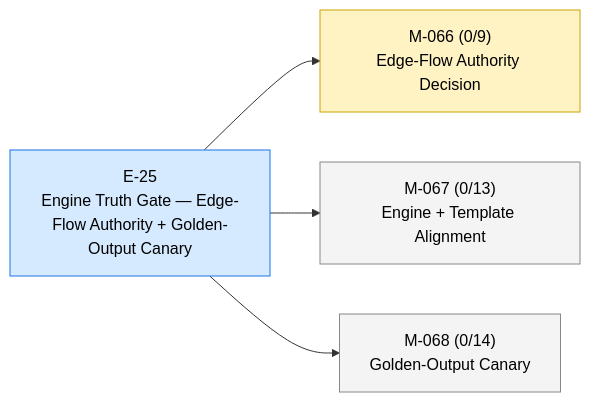
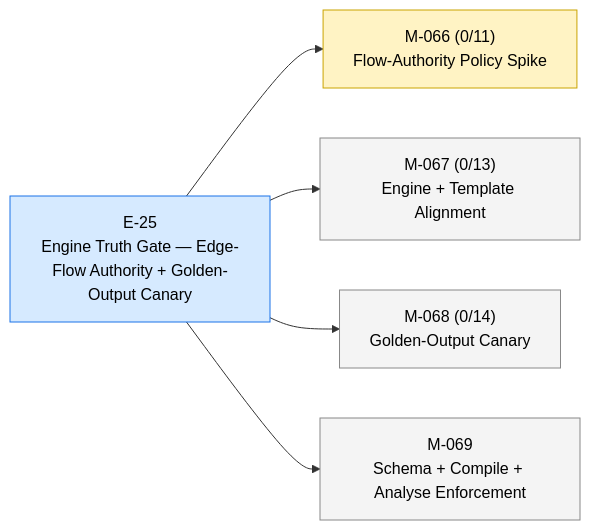
The diagram in STATUS.md (23min/FlowTime), drawn with Mermaid before and after one commit. The commit also changed other lines of this file and 1 other file, not shown here.

First line of the commit message:
aiwf add milestone M-069 "Schema + Compile + Analyse Enforcement"

````diff
--- a/STATUS.md
+++ b/STATUS.md
@@ -13,16 +14,18 @@
 ```mermaid
 flowchart LR
   E_25["E-25<br/>Engine Truth Gate — Edge-Flow Authority + Golden-Output Canary"]:::epic_active
-  M_066["M-066 (0/9)<br/>Edge-Flow Authority Decision"]:::ms_in_progress
+  M_066["M-066 (0/11)<br/>Flow-Authority Policy Spike"]:::ms_in_progress
   E_25 --> M_066
   M_067["M-067 (0/13)<br/>Engine + Template Alignment"]:::ms_draft
   E_25 --> M_067
   M_068["M-068 (0/14)<br/>Golden-Output Canary"]:::ms_draft
   E_25 --> M_068
+  M_069["M-069<br/>Schema + Compile + Analyse Enforcement"]:::ms_draft
+  E_25 --> M_069
   classDef epic_active fill:#d6eaff,stroke:#1a73e8,color:#000
   classDef epic_proposed fill:#f4f4f4,stroke:#888,color:#000
   classDef ms_done fill:#d8f5d8,stroke:#2a8a2a,color:#000
   classDef ms_in_progress fill:#fff3c4,stroke:#caa400,color:#000
   classDef ms_draft fill:#f4f4f4,stroke:#888,color:#000
   classDef ms_cancelled fill:#fbeaea,stroke:#c33,color:#000
 ```
````
